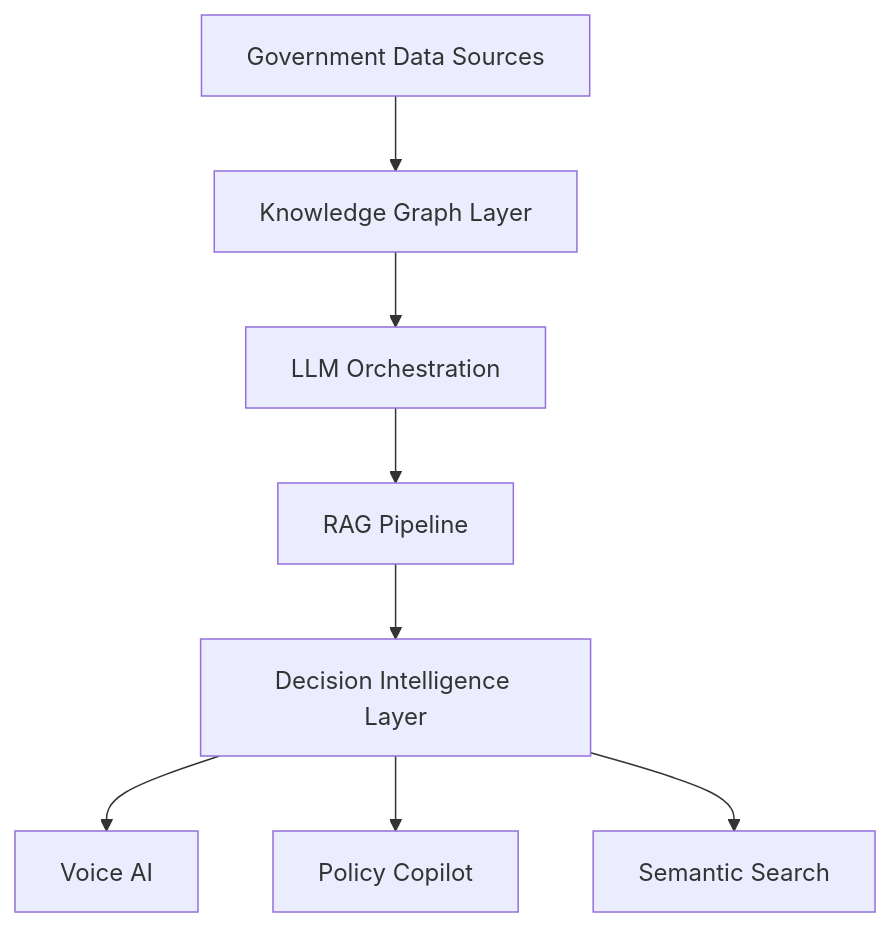
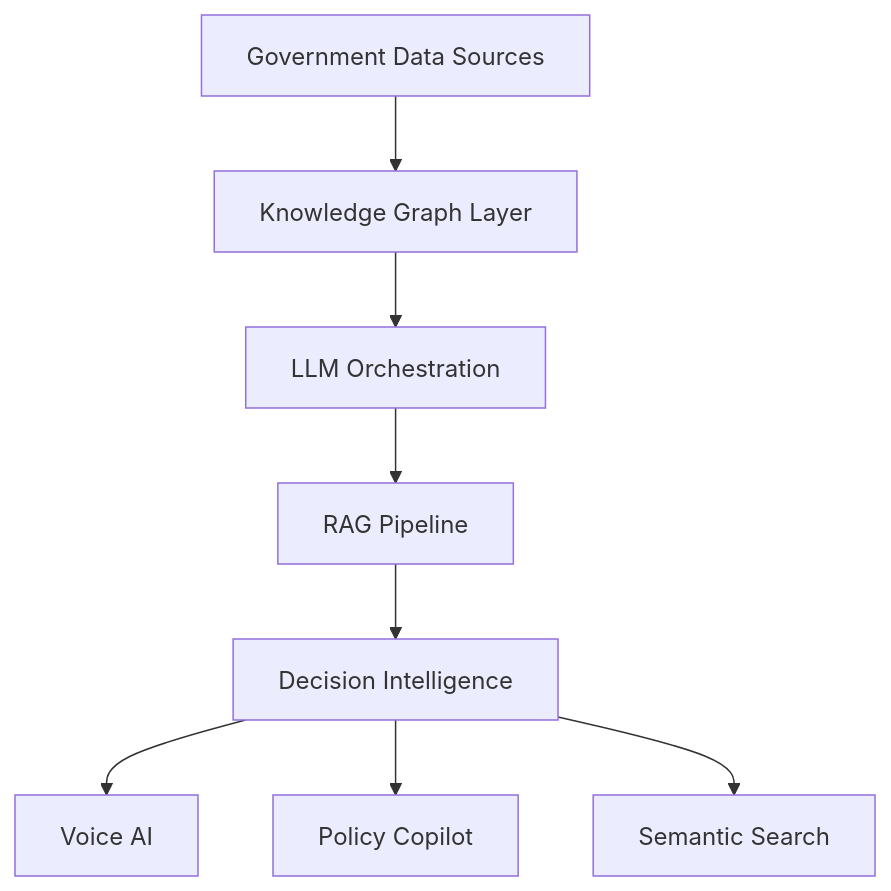
One commit to Manasvi-Gangrade/Manasvi-Gangrade changed the diagram in README.md. Above: the diagram before and after it, drawn with Mermaid. The commit also changed other lines of this file, not shown here.

````diff
--- a/README.md
+++ b/README.md
@@ -143,14 +134,14 @@
 ```mermaid
 graph TD
 
 A[Government Data Sources]
 --> B[Knowledge Graph Layer]
 
 B --> C[LLM Orchestration]
 C --> D[RAG Pipeline]
-D --> E[Decision Intelligence Layer]
+D --> E[Decision Intelligence]
 
 E --> F[Voice AI]
 E --> G[Policy Copilot]
 E --> H[Semantic Search]
 ```
````
